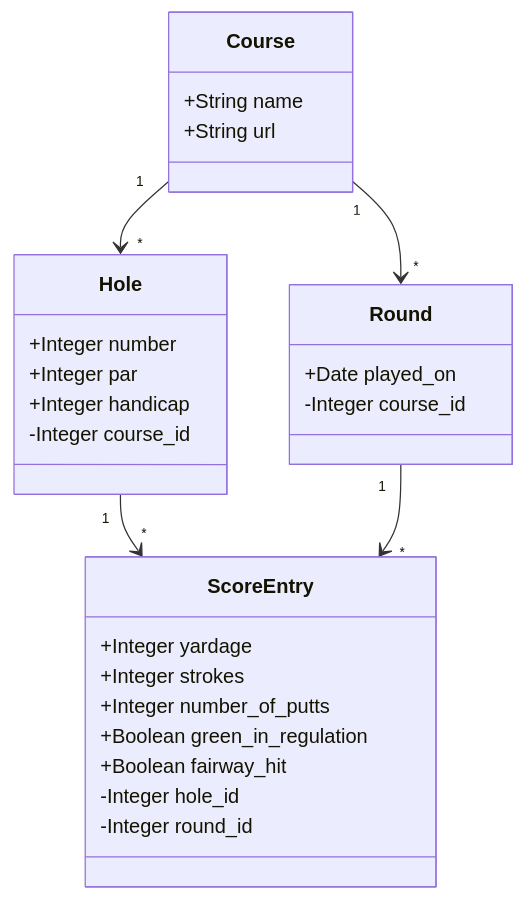
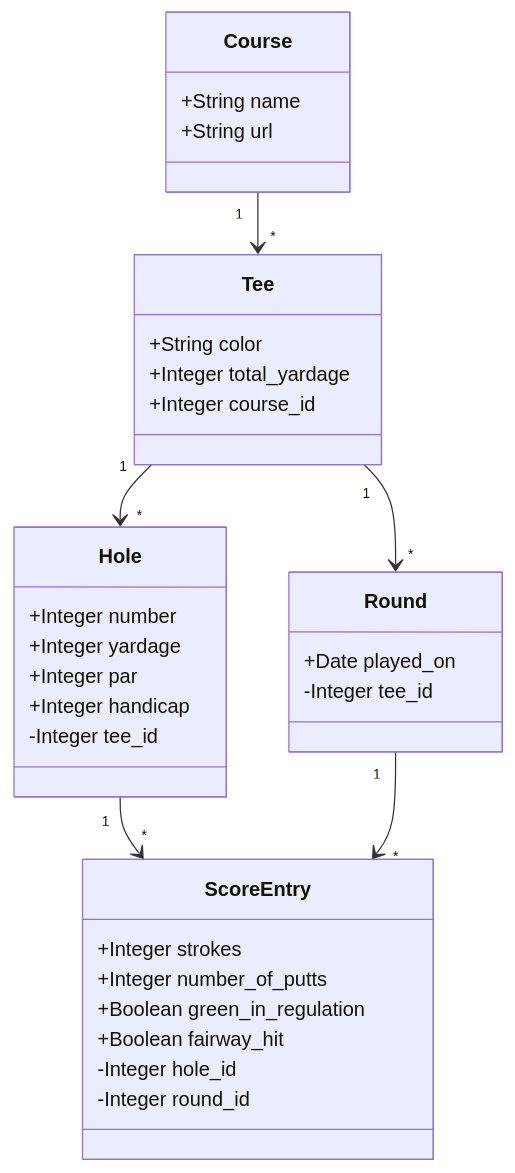
One commit to jnwaletzko/golfscore changed the diagram in class_diagram.md. Above: the diagram before and after it, drawn with Mermaid. The commit also changed 8 other files, not shown here.

````diff
--- a/class_diagram.md
+++ b/class_diagram.md
@@ -1,32 +1,36 @@
 ```mermaid
 classDiagram
   class Hole
   Hole : +Integer number
+  Hole : +Integer yardage
   Hole : +Integer par
   Hole : +Integer handicap
-  Hole : -Integer course_id
+  Hole : -Integer tee_id
 
   class Course
   Course : +String name
   Course : +String url
 
+  class Tee
+  Tee : +String color
+  Tee : +Integer total_yardage
+  Tee : +Integer course_id
+
   class Round
   Round : +Date played_on
-  Round : -Integer course_id
-
+  Round : -Integer tee_id
 
   class ScoreEntry
-  ScoreEntry : +Integer yardage
   ScoreEntry : +Integer strokes
   ScoreEntry : +Integer number_of_putts
   ScoreEntry : +Boolean green_in_regulation
   ScoreEntry : +Boolean fairway_hit
   ScoreEntry : -Integer hole_id
   ScoreEntry : -Integer round_id
 
-
-  Course "1" --> "*" Hole
+  Course "1" --> "*" Tee
+  Tee "1" --> "*" Hole
   Hole "1" --> "*" ScoreEntry
   Round "1" --> "*" ScoreEntry
-  Course "1" --> "*" Round
+  Tee "1" --> "*" Round
 ```
````
